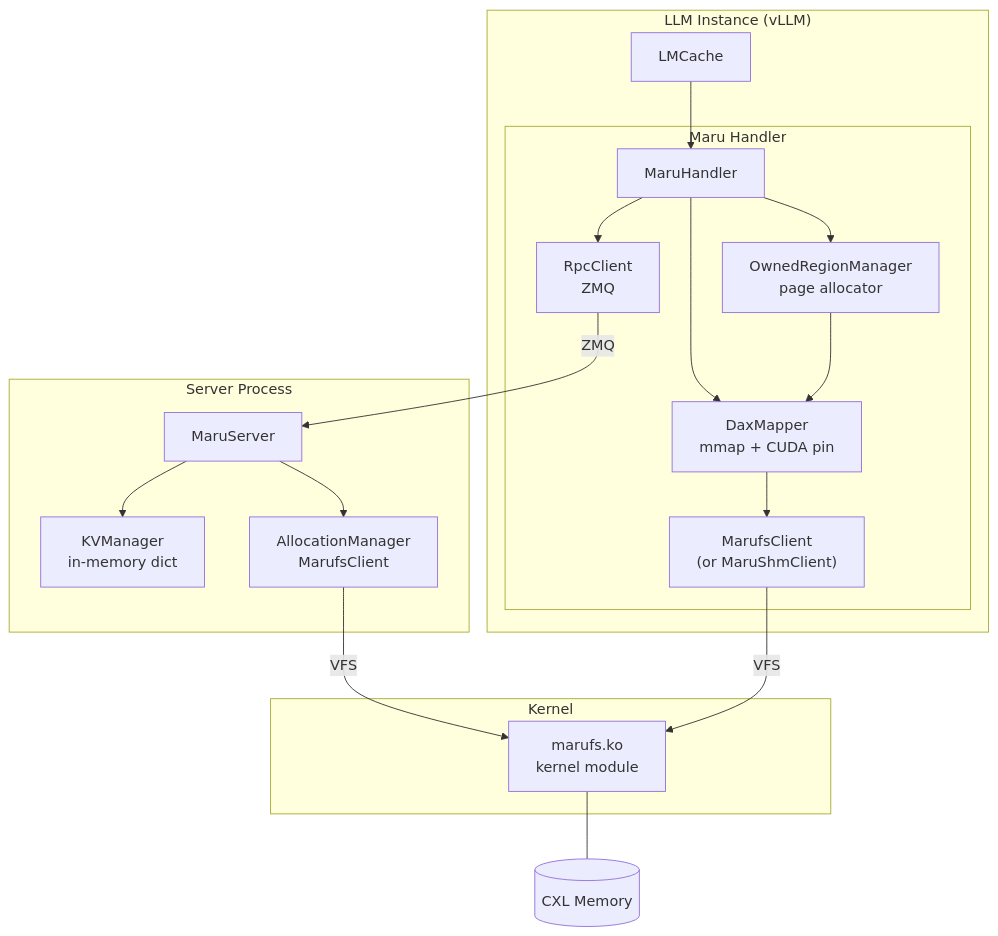
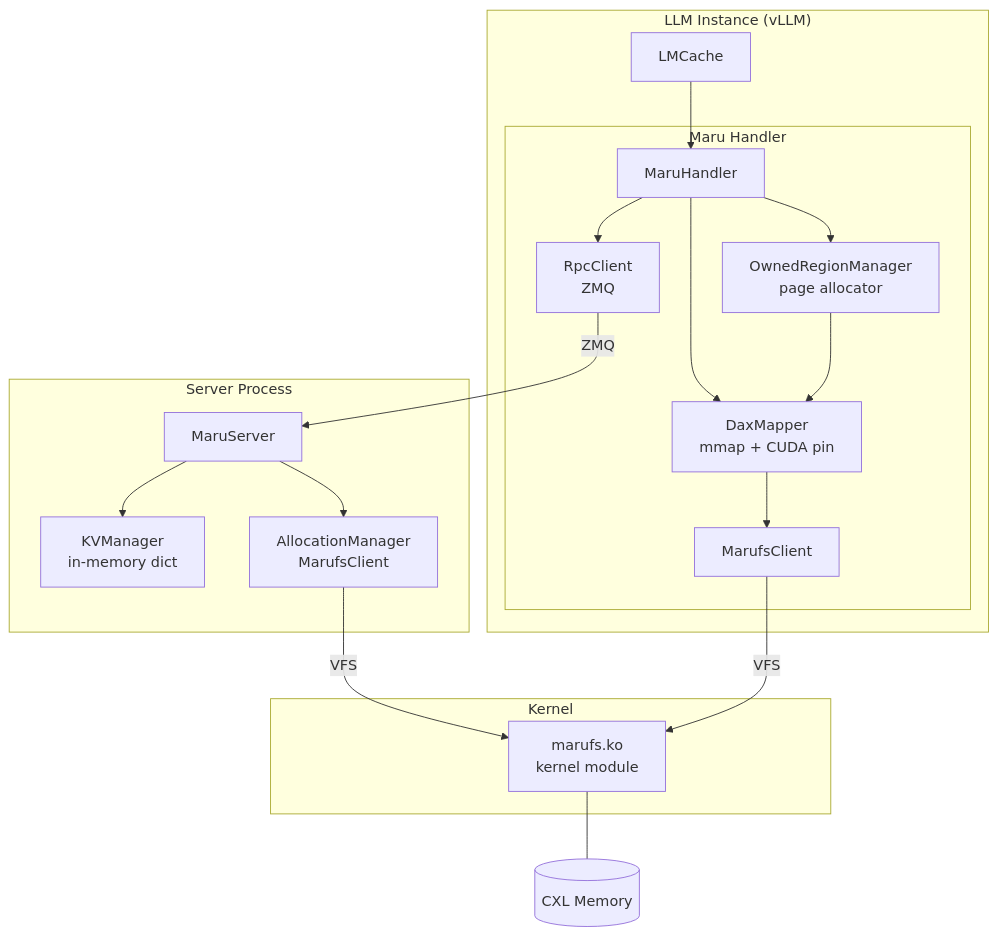
One commit to xcena-dev/maru changed the seventh of 8 diagrams in docs/source/design_doc/maru_fs.md. Above: the diagram before and after it, drawn with Mermaid. The commit also changed other lines of this file, not shown here.

Commit message:
docs: clean up maru_fs.md — remove M1/M2 labels, fix Korean text

````diff
--- a/docs/source/design_doc/maru_fs.md
+++ b/docs/source/design_doc/maru_fs.md
@@ -236,38 +233,38 @@
 ```mermaid
 graph TB
     subgraph "LLM Instance (vLLM)"
         LM[LMCache]
         subgraph "Maru Handler"
             H[MaruHandler]
             ORM[OwnedRegionManager<br/>page allocator]
             DM[DaxMapper<br/>mmap + CUDA pin]
-            XC["MarufsClient<br/>(or MaruShmClient)"]
+            XC["MarufsClient"]
             RPC[RpcClient<br/>ZMQ]
         end
     end
 
     subgraph "Server Process"
         S[MaruServer]
         KV[KVManager<br/>in-memory dict]
         AM[AllocationManager<br/>MarufsClient]
     end
 
     subgraph "Kernel"
         K[marufs.ko<br/>kernel module]
     end
 
     CXL[(CXL Memory)]
 
     LM --> H
     H --> ORM
     H --> DM
     H --> RPC
     ORM --> DM
     DM --> XC
     RPC -->|ZMQ| S
     S --> KV
     S --> AM
     AM -->|VFS| K
     XC -->|VFS| K
     K --- CXL
 ```
````
